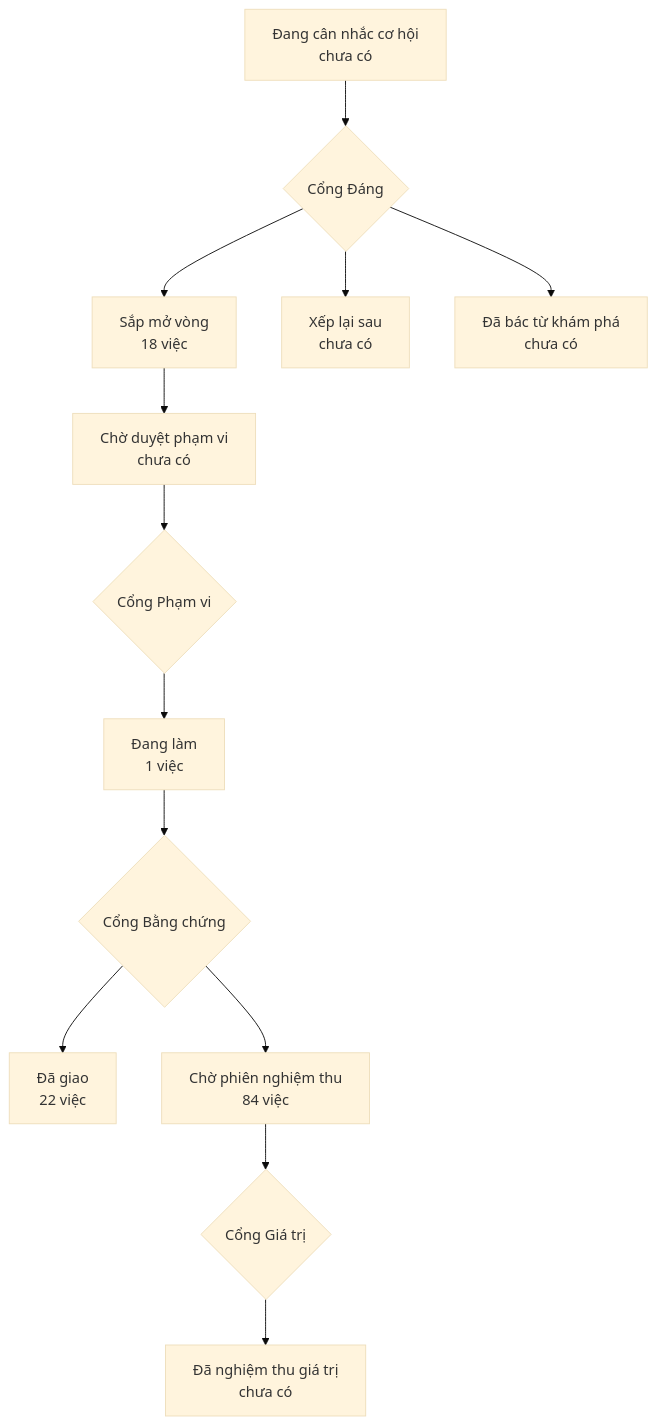
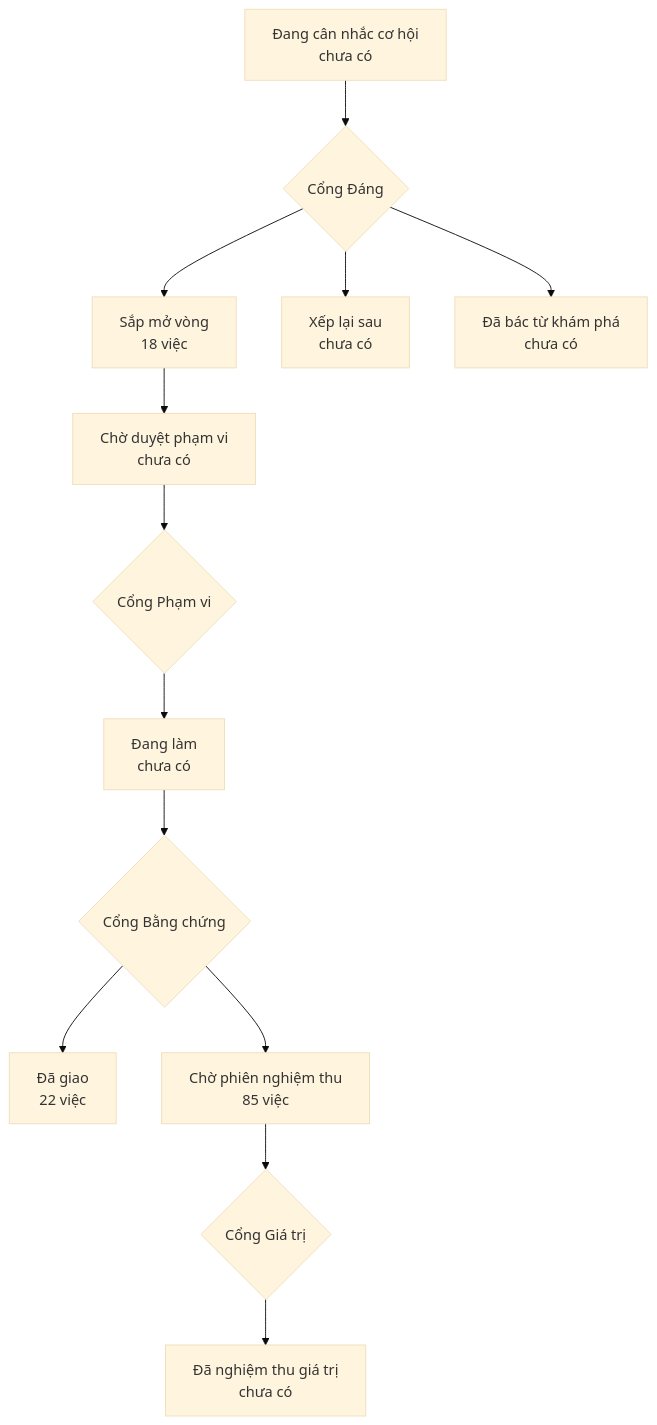
The diagram in PRODUCT-MAP.md (phanlemanh/onehub-quy-hang), drawn with Mermaid (base theme) before and after one commit. The commit also changed other lines of this file and 4 other files, not shown here.

````diff
--- a/PRODUCT-MAP.md
+++ b/PRODUCT-MAP.md
@@ -7,12 +7,12 @@
 ```mermaid
 flowchart TD
   A["Đang cân nhắc cơ hội<br/>chưa có"] --> GD{"Cổng Đáng"}
   GD --> B["Sắp mở vòng<br/>18 việc"]
   GD --> XL["Xếp lại sau<br/>chưa có"]
   GD --> DB["Đã bác từ khám phá<br/>chưa có"]
   B --> CD["Chờ duyệt phạm vi<br/>chưa có"] --> GP{"Cổng Phạm vi"}
-  GP --> DL["Đang làm<br/>1 việc"] --> GB{"Cổng Bằng chứng"}
+  GP --> DL["Đang làm<br/>chưa có"] --> GB{"Cổng Bằng chứng"}
   GB --> DG["Đã giao<br/>22 việc"]
-  GB --> CN["Chờ phiên nghiệm thu<br/>84 việc"] --> GG{"Cổng Giá trị"}
+  GB --> CN["Chờ phiên nghiệm thu<br/>85 việc"] --> GG{"Cổng Giá trị"}
   GG --> NT["Đã nghiệm thu giá trị<br/>chưa có"]
 ```
````
